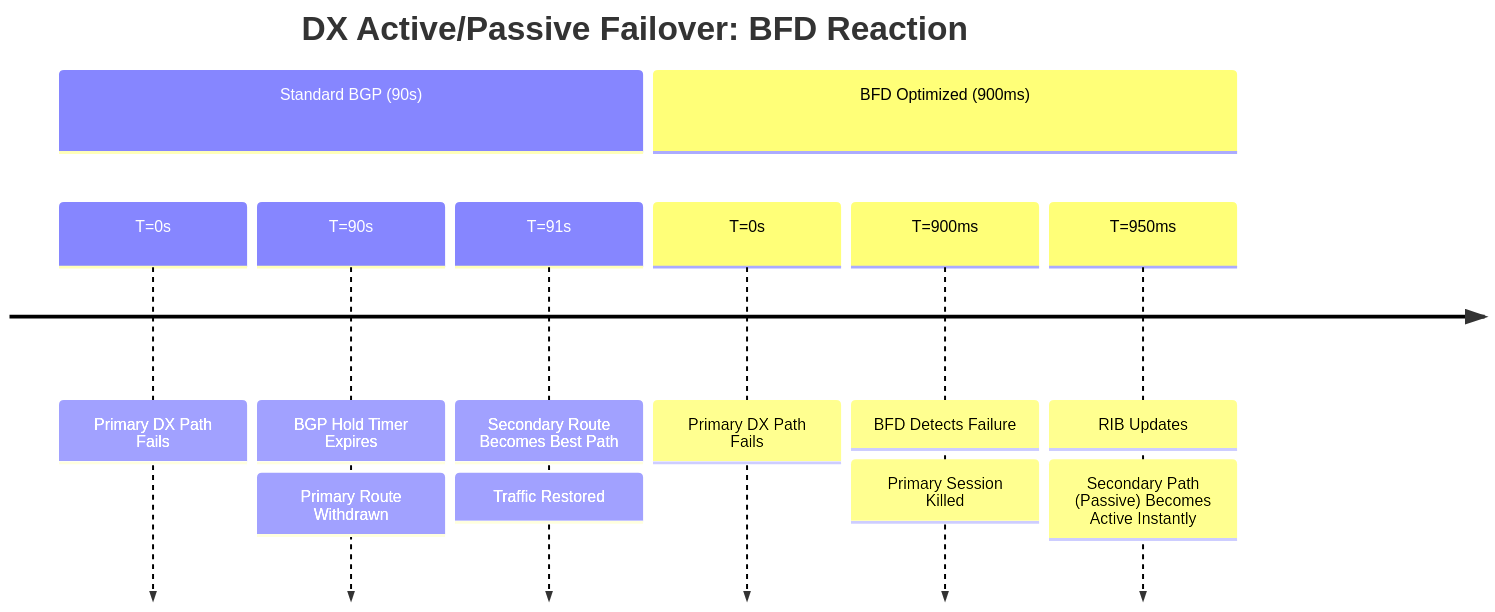
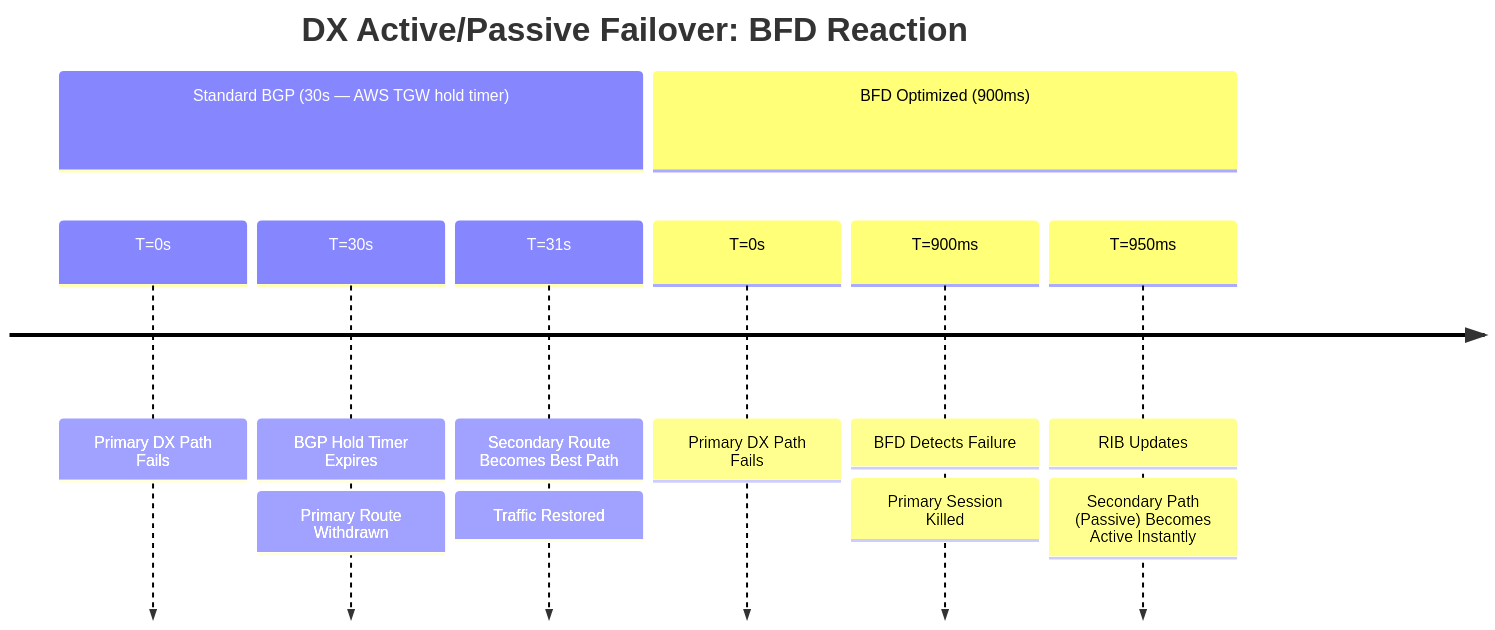
Before and after one commit to neil-booker-cko/docs: the diagram in docs/cisco/cisco_aws_tgw_dx.md, drawn with Mermaid. The commit also changed other lines of this file and 75 other files, not shown here.

````diff
--- a/docs/cisco/cisco_aws_tgw_dx.md
+++ b/docs/cisco/cisco_aws_tgw_dx.md
@@ -16,12 +17,12 @@
 ```mermaid
 timeline
     title DX Active/Passive Failover: BFD Reaction
-    section Standard BGP (90s)
+    section Standard BGP (30s — AWS TGW hold timer)
         T=0s : Primary DX Path Fails
-        T=90s : BGP Hold Timer Expires : Primary Route Withdrawn
-        T=91s : Secondary Route Becomes Best Path : Traffic Restored
+        T=30s : BGP Hold Timer Expires : Primary Route Withdrawn
+        T=31s : Secondary Route Becomes Best Path : Traffic Restored
     section BFD Optimized (900ms)
         T=0s : Primary DX Path Fails
         T=900ms : BFD Detects Failure : Primary Session Killed
         T=950ms : RIB Updates : Secondary Path (Passive) Becomes Active Instantly
 ```
````
